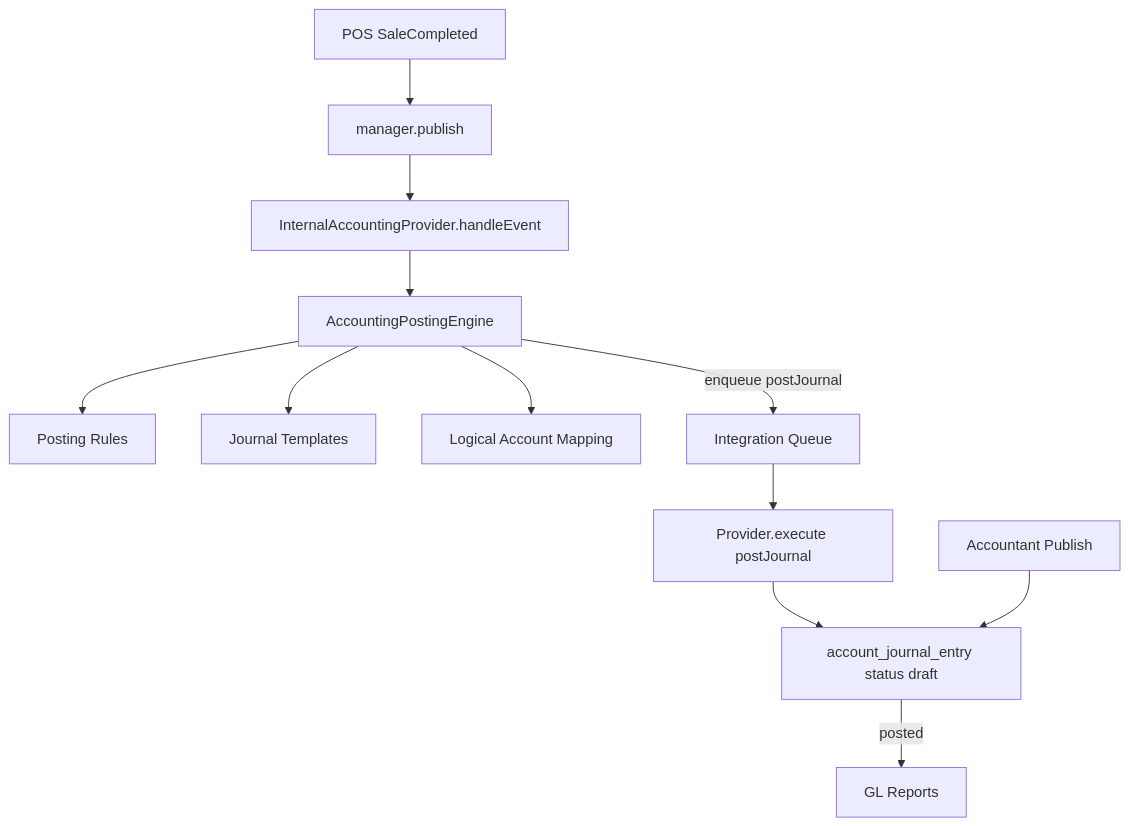
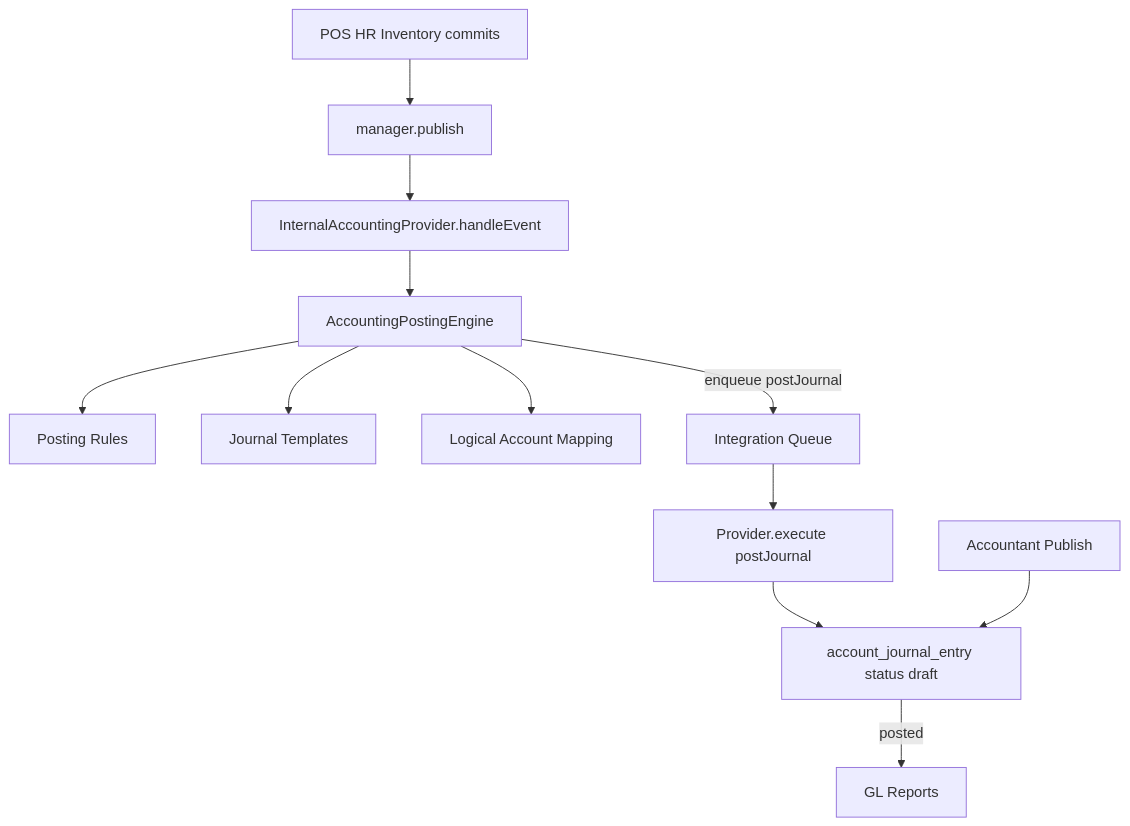
The third of 3 diagrams in docs/integrations/framework.md (ahmedali5530/restaurant-pos), drawn with Mermaid before and after one commit. The commit also changed other lines of this file and 28 other files, not shown here.

````diff
--- a/docs/integrations/framework.md
+++ b/docs/integrations/framework.md
@@ -140,14 +140,14 @@
 ```mermaid
 flowchart TD
-  POS[POS SaleCompleted] --> Publish[manager.publish]
+  Domain[POS HR Inventory commits] --> Publish[manager.publish]
   Publish --> Provider[InternalAccountingProvider.handleEvent]
   Provider --> Engine[AccountingPostingEngine]
   Engine --> Rules[Posting Rules]
   Engine --> Templates[Journal Templates]
   Engine --> Mapping[Logical Account Mapping]
   Engine -->|enqueue postJournal| Queue[Integration Queue]
   Queue --> Persist[Provider.execute postJournal]
   Persist --> Draft[account_journal_entry status draft]
   Accountant[Accountant Publish] --> Draft
   Draft -->|posted| GL[GL Reports]
 ```
````
